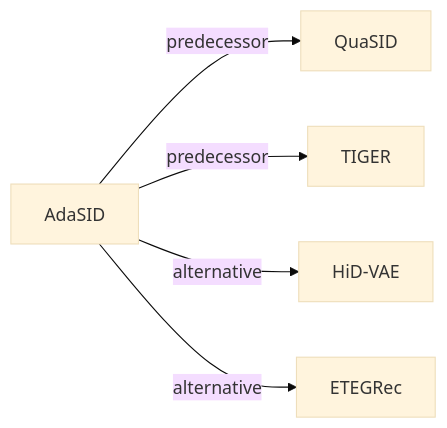
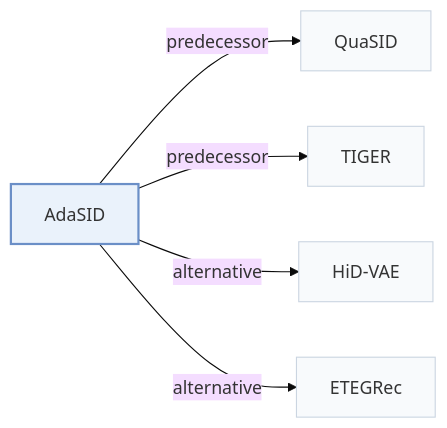
Before and after one commit to Galaxy-ghost/Awesome-SID-Generative-Rec: the second of 2 diagrams in pages/papers/adasid.md, drawn with Mermaid (base theme). The commit also changed other lines of this file and 649 other files, not shown here.

Commit message:
writer-05: also tags and modality index (schema, check, build, visuals); summary field removed; calibration data for 12 papers

````diff
--- a/pages/papers/adasid.md
+++ b/pages/papers/adasid.md
@@ -69,8 +74,12 @@
 ```mermaid
 flowchart LR
     P["AdaSID"]
-    P -->|predecessor| A["QuaSID"]
-    P -->|predecessor| B["TIGER"]
-    P -->|alternative| C["HiD-VAE"]
-    P -->|alternative| D["ETEGRec"]
+    P -->|"predecessor"| A["QuaSID"]
+    P -->|"predecessor"| B["TIGER"]
+    P -->|"alternative"| C["HiD-VAE"]
+    P -->|"alternative"| D["ETEGRec"]
+    classDef main fill:#eaf2fb,stroke:#6b8fc7,stroke-width:2px
+    classDef peer fill:#f8fafc,stroke:#cbd5e1
+    class P main
+    class A,B,C,D peer
 ```
````
